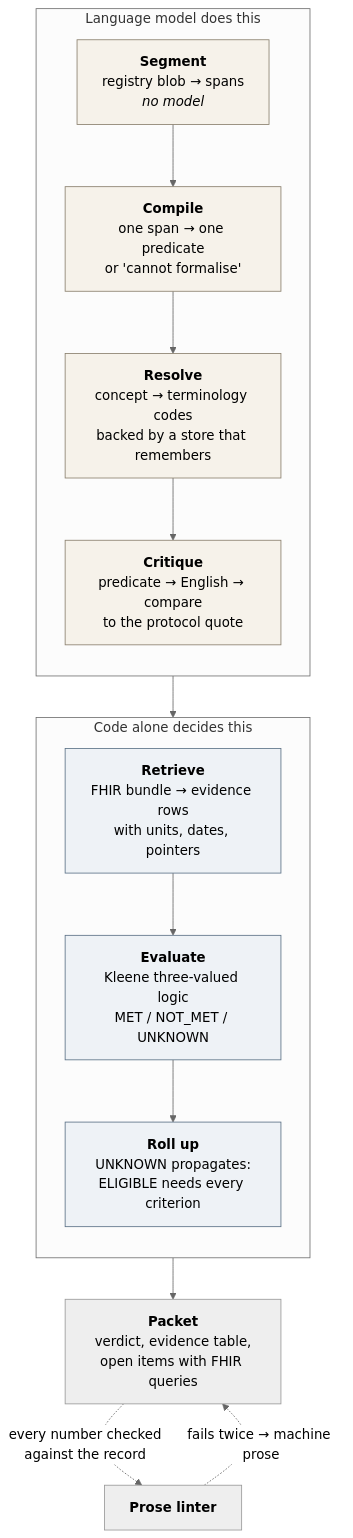
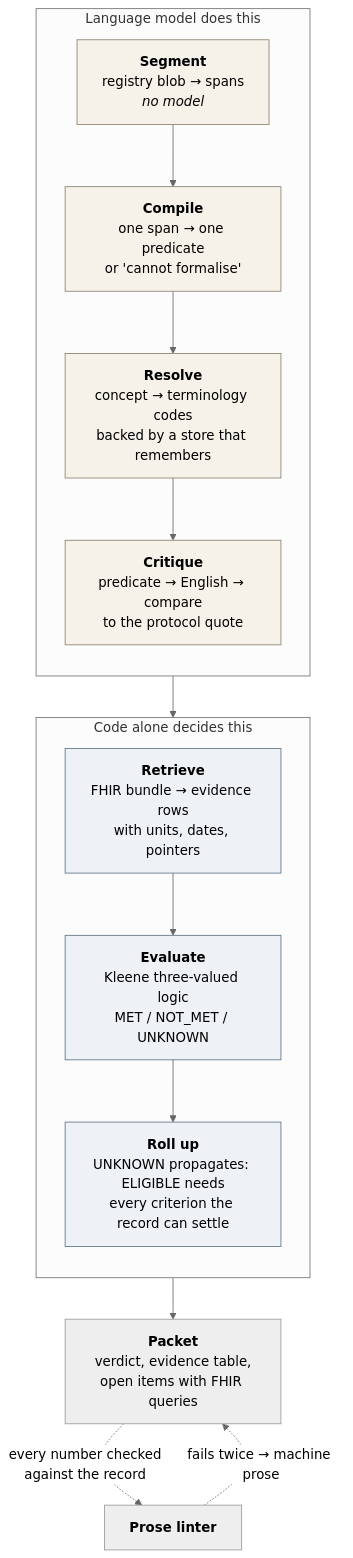
One commit to RaYYeR220/caliper changed the diagram in README.md. Above: the diagram before and after it, drawn with Mermaid (neutral theme). The commit also changed other lines of this file, not shown here.

````diff
--- a/README.md
+++ b/README.md
@@ -43,25 +44,25 @@
 ```mermaid
 flowchart TB
     subgraph model["Language model does this"]
         direction TB
         A["<b>Segment</b><br/>registry blob → spans<br/><i>no model</i>"] --> B["<b>Compile</b><br/>one span → one predicate<br/>or 'cannot formalise'"]
         B --> C["<b>Resolve</b><br/>concept → terminology codes<br/>backed by a store that remembers"]
         C --> D["<b>Critique</b><br/>predicate → English → compare<br/>to the protocol quote"]
     end
 
     subgraph code["Code alone decides this"]
         direction TB
         E["<b>Retrieve</b><br/>FHIR bundle → evidence rows<br/>with units, dates, pointers"] --> F["<b>Evaluate</b><br/>Kleene three-valued logic<br/>MET / NOT_MET / UNKNOWN"]
-        F --> G["<b>Roll up</b><br/>UNKNOWN propagates:<br/>ELIGIBLE needs every criterion"]
+        F --> G["<b>Roll up</b><br/>UNKNOWN propagates: ELIGIBLE needs<br/>every criterion the record can settle"]
     end
 
     D --> E
     G --> H["<b>Packet</b><br/>verdict, evidence table,<br/>open items with FHIR queries"]
     H -.->|"every number checked<br/>against the record"| I["<b>Prose linter</b>"]
     I -.->|"fails twice → machine prose"| H
 
     classDef modelbox fill:#f6f2ea,stroke:#8a7f6d
     classDef codebox fill:#eef2f6,stroke:#5b7186
     class A,B,C,D modelbox
     class E,F,G codebox
 ```
````
